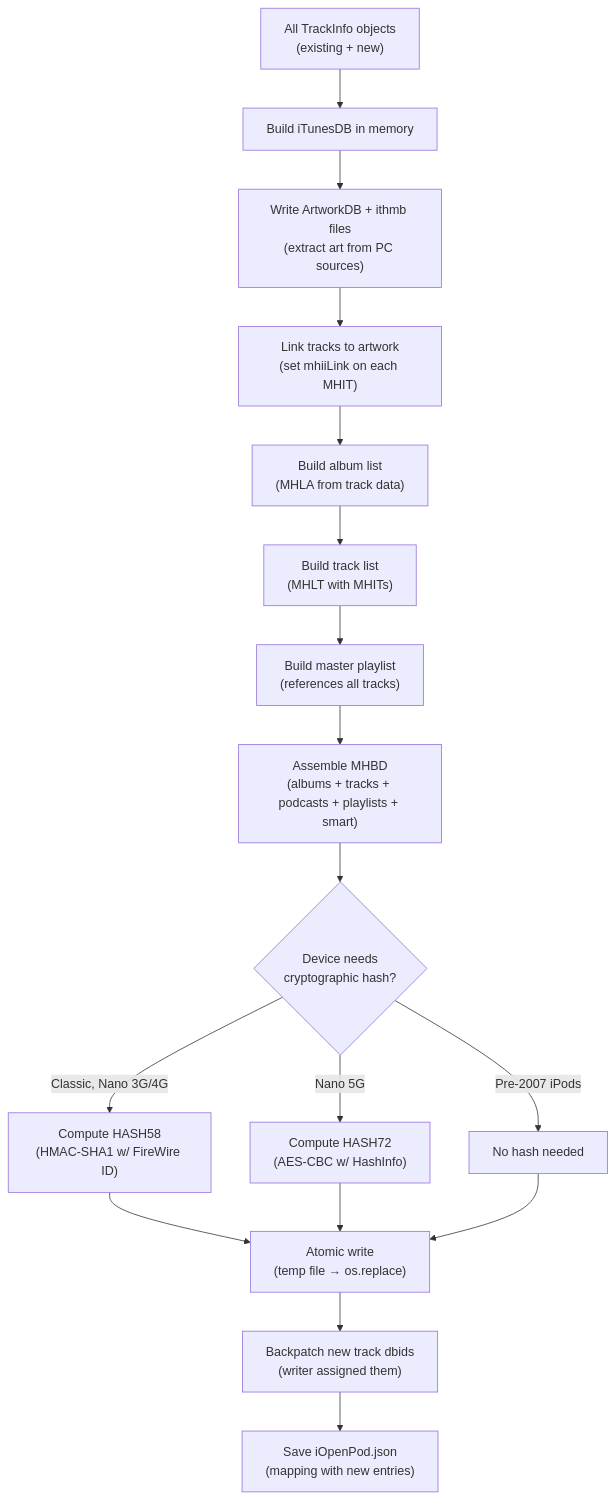
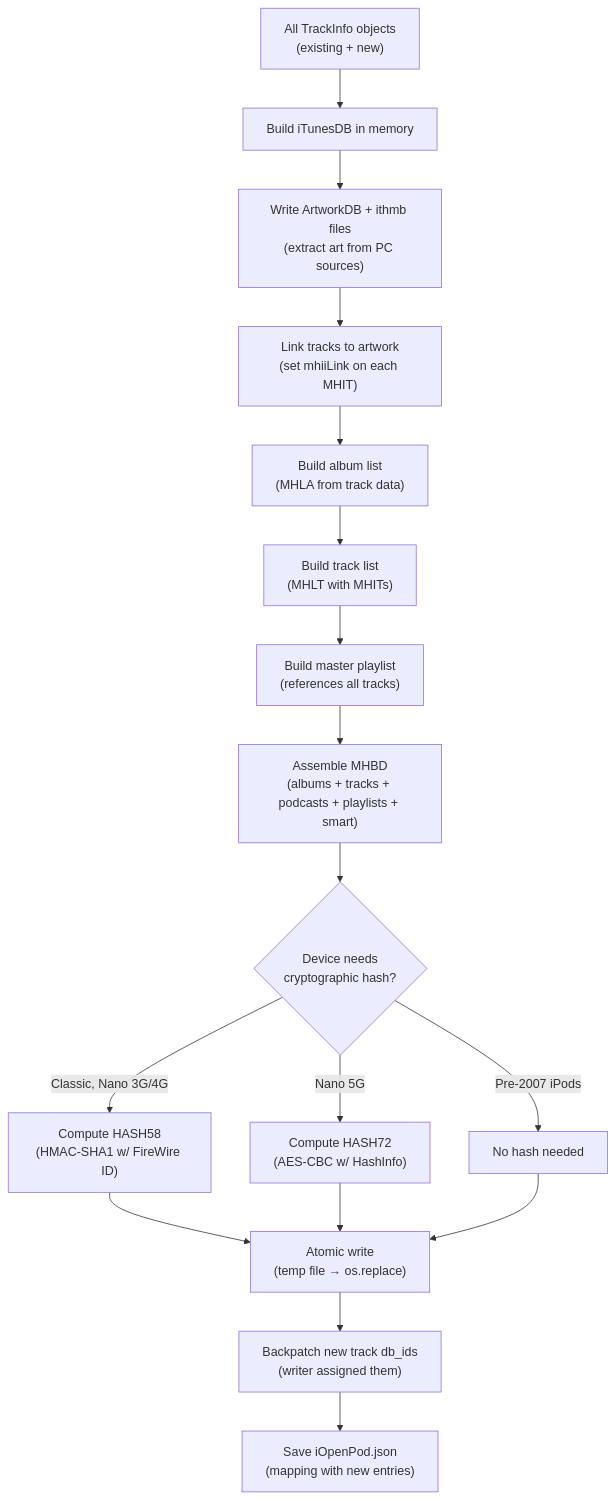
Before and after one commit to TheRealSavi/iOpenPod: the seventh of 9 diagrams in docs/SYNC.md, drawn with Mermaid. The commit also changed other lines of this file and 31 other files, not shown here.

````diff
--- a/docs/SYNC.md
+++ b/docs/SYNC.md
@@ -429,20 +429,20 @@
 ```mermaid
 flowchart TD
     ALL["All TrackInfo objects\n(existing + new)"] --> BUILD["Build iTunesDB in memory"]
     BUILD --> ARTWORK["Write ArtworkDB + ithmb files\n(extract art from PC sources)"]
     ARTWORK --> LINK["Link tracks to artwork\n(set mhiiLink on each MHIT)"]
     LINK --> ALBUMS["Build album list\n(MHLA from track data)"]
     ALBUMS --> TRACKS["Build track list\n(MHLT with MHITs)"]
     TRACKS --> PLAYLISTS["Build master playlist\n(references all tracks)"]
     PLAYLISTS --> ASSEMBLE["Assemble MHBD\n(albums + tracks + podcasts + playlists + smart)"]
     ASSEMBLE --> HASH{"Device needs\ncryptographic hash?"}
     HASH -- "Pre-2007 iPods" --> NONE["No hash needed"]
     HASH -- "Classic, Nano 3G/4G" --> HASH58["Compute HASH58\n(HMAC-SHA1 w/ FireWire ID)"]
     HASH -- "Nano 5G" --> HASH72["Compute HASH72\n(AES-CBC w/ HashInfo)"]
     HASH58 --> WRITE
     HASH72 --> WRITE
     NONE --> WRITE
     WRITE["Atomic write\n(temp file → os.replace)"]
-    WRITE --> BACKPATCH["Backpatch new track dbids\n(writer assigned them)"]
+    WRITE --> BACKPATCH["Backpatch new track db_ids\n(writer assigned them)"]
     BACKPATCH --> SAVE_MAP["Save iOpenPod.json\n(mapping with new entries)"]
 ```
````
